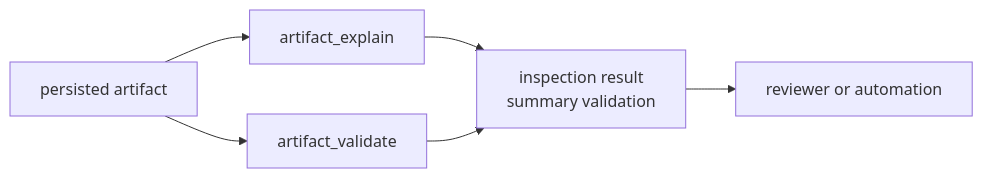
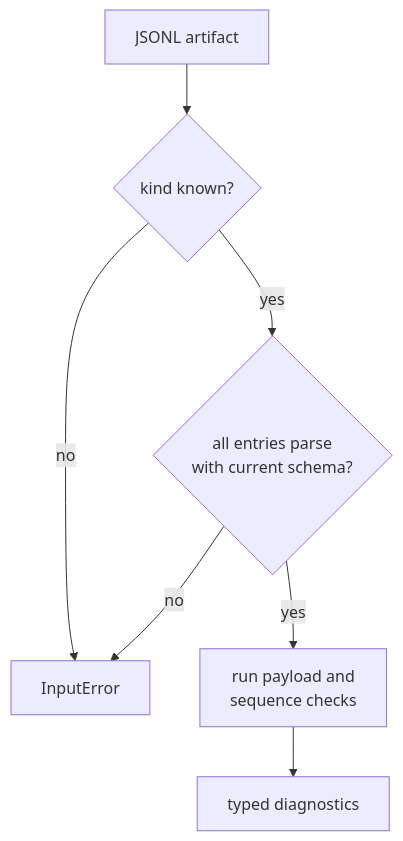
One commit to bijux/bijux-telecom changed the diagram in docs/03-bijux-gnss-infra/interfaces/artifact-inspection-contracts.md. Above: the diagram before and after it, drawn with Mermaid. The commit also changed other lines of this file and 1 other file, not shown here.

Commit message:
docs(infra): delimit artifact inspection guarantees

````diff
--- a/docs/03-bijux-gnss-infra/interfaces/artifact-inspection-contracts.md
+++ b/docs/03-bijux-gnss-infra/interfaces/artifact-inspection-contracts.md
@@ -18,11 +38,15 @@
 ```mermaid
-flowchart LR
-    artifact["persisted artifact"]
-    explain["artifact_explain"]
-    validate["artifact_validate"]
-    result["inspection result<br/>summary validation"]
-    reader["reviewer or automation"]
+flowchart TD
+    file["JSONL artifact"]
+    kind{"kind known?"}
+    parse{"all entries parse<br/>with current schema?"}
+    checks["run payload and<br/>sequence checks"]
+    result["typed diagnostics"]
+    error["InputError"]
 
-    artifact --> explain --> result --> reader
-    artifact --> validate --> result
+    file --> kind
+    kind -- no --> error
+    kind -- yes --> parse
+    parse -- no --> error
+    parse -- yes --> checks --> result
 ```
````
